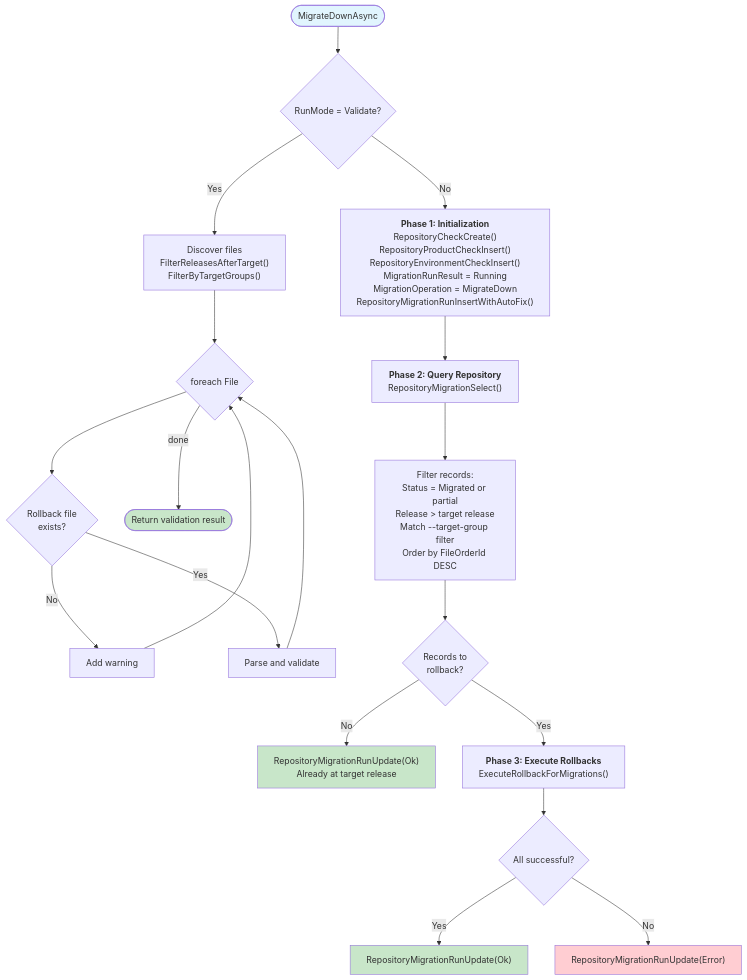
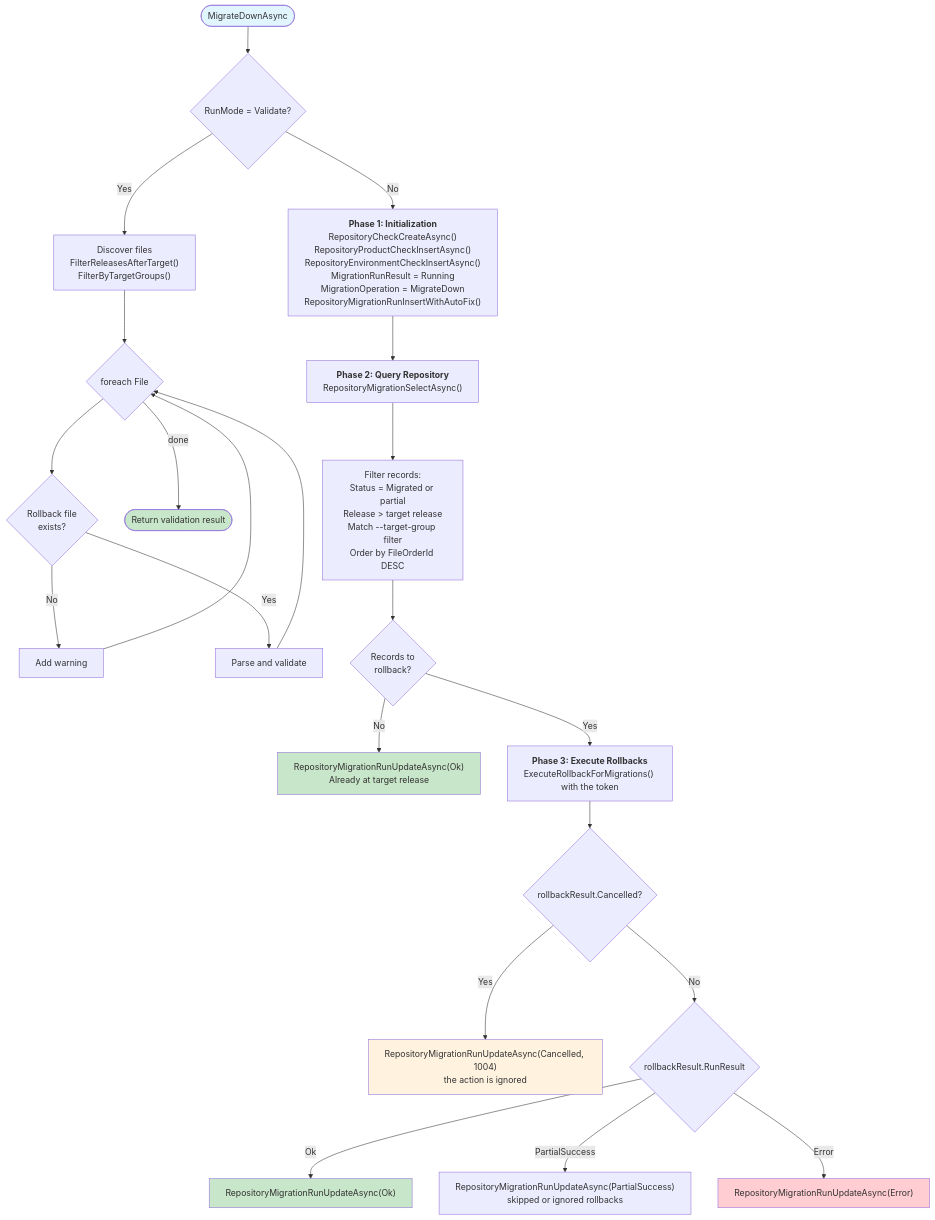
Before and after one commit to RAYCOON/RayMigrator: the fifth of 6 diagrams in Docs/04-service-layer/activity-diagrams.md, drawn with Mermaid. The commit also changed other lines of this file and 136 other files, not shown here.

````diff
--- a/Docs/04-service-layer/activity-diagrams.md
+++ b/Docs/04-service-layer/activity-diagrams.md
@@ -213,33 +237,37 @@
 ```mermaid
 flowchart TD
     Start([MigrateDownAsync]) --> ValidateMode{RunMode = Validate?}
 
     ValidateMode -->|Yes| ValBranch["Discover files<br/>FilterReleasesAfterTarget()<br/>FilterByTargetGroups()"]
     ValBranch --> ValLoop{"foreach File"}
     ValLoop --> CheckRb{Rollback file<br/>exists?}
     CheckRb -->|No| ValWarn["Add warning"]
     CheckRb -->|Yes| ValParse["Parse and validate"]
     ValWarn --> ValLoop
     ValParse --> ValLoop
     ValLoop -->|done| ValReturn(["Return validation result"])
 
-    ValidateMode -->|No| P1["<b>Phase 1: Initialization</b><br/>RepositoryCheckCreate()<br/>RepositoryProductCheckInsert()<br/>RepositoryEnvironmentCheckInsert()<br/>MigrationRunResult = Running<br/>MigrationOperation = MigrateDown<br/>RepositoryMigrationRunInsertWithAutoFix()"]
+    ValidateMode -->|No| P1["<b>Phase 1: Initialization</b><br/>RepositoryCheckCreateAsync()<br/>RepositoryProductCheckInsertAsync()<br/>RepositoryEnvironmentCheckInsertAsync()<br/>MigrationRunResult = Running<br/>MigrationOperation = MigrateDown<br/>RepositoryMigrationRunInsertWithAutoFix()"]
 
-    P1 --> P2["<b>Phase 2: Query Repository</b><br/>RepositoryMigrationSelect()"]
+    P1 --> P2["<b>Phase 2: Query Repository</b><br/>RepositoryMigrationSelectAsync()"]
     P2 --> FilterRollback["Filter records:<br/>Status = Migrated or partial<br/>Release > target release<br/>Match --target-group filter<br/>Order by FileOrderId DESC"]
 
     FilterRollback --> HasRecords{Records to<br/>rollback?}
-    HasRecords -->|No| EarlyOk["RepositoryMigrationRunUpdate(Ok)<br/>Already at target release"]
+    HasRecords -->|No| EarlyOk["RepositoryMigrationRunUpdateAsync(Ok)<br/>Already at target release"]
 
-    HasRecords -->|Yes| P3["<b>Phase 3: Execute Rollbacks</b><br/>ExecuteRollbackForMigrations()"]
+    HasRecords -->|Yes| P3["<b>Phase 3: Execute Rollbacks</b><br/>ExecuteRollbackForMigrations() with the token"]
 
-    P3 --> FinalCheck{All successful?}
-    FinalCheck -->|Yes| FinalOk["RepositoryMigrationRunUpdate(Ok)"]
-    FinalCheck -->|No| FinalErr["RepositoryMigrationRunUpdate(Error)"]
+    P3 --> Cancelled{rollbackResult.Cancelled?}
+    Cancelled -->|Yes| FinalCancel["RepositoryMigrationRunUpdateAsync(Cancelled, 1004)<br/>the action is ignored"]
+    Cancelled -->|No| FinalCheck{rollbackResult.RunResult}
+    FinalCheck -->|Ok| FinalOk["RepositoryMigrationRunUpdateAsync(Ok)"]
+    FinalCheck -->|PartialSuccess| FinalPartial["RepositoryMigrationRunUpdateAsync(PartialSuccess)<br/>skipped or ignored rollbacks"]
+    FinalCheck -->|Error| FinalErr["RepositoryMigrationRunUpdateAsync(Error)"]
 
     style Start fill:#e1f5fe
     style ValReturn fill:#c8e6c9
     style EarlyOk fill:#c8e6c9
     style FinalOk fill:#c8e6c9
     style FinalErr fill:#ffcdd2
+    style FinalCancel fill:#fff3e0
 ```
````
